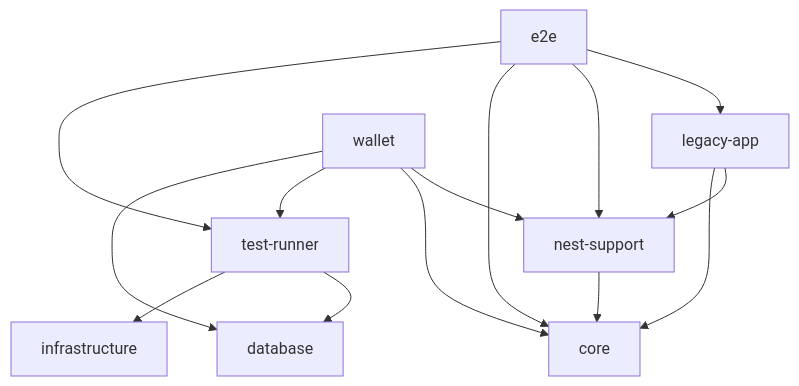
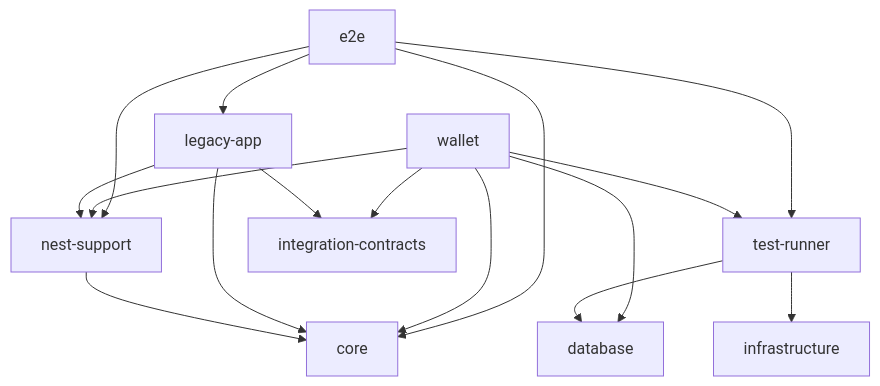
One commit to danilomartinelli/domain-driven-hexagon-scaffold changed the diagram in docs/nx-workspace.md. Above: the diagram before and after it, drawn with Mermaid. The commit also changed other lines of this file and 44 other files, not shown here.

````diff
--- a/docs/nx-workspace.md
+++ b/docs/nx-workspace.md
@@ -39,16 +40,18 @@
 ```mermaid
 graph TD
   e2e --> legacy-app
   e2e --> nest-support
   e2e --> core
   e2e --> test-runner
   wallet --> nest-support
   wallet --> core
+  wallet --> integration-contracts
   wallet --> test-runner
   wallet --> database
   test-runner --> database
   test-runner --> infrastructure
   legacy-app --> nest-support
   legacy-app --> core
+  legacy-app --> integration-contracts
   nest-support --> core
 ```
````
